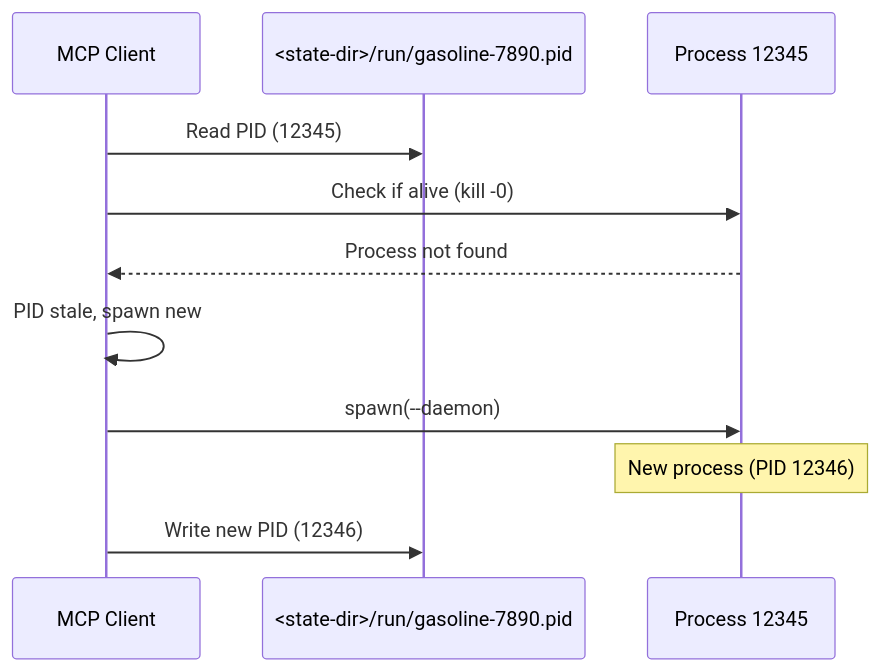
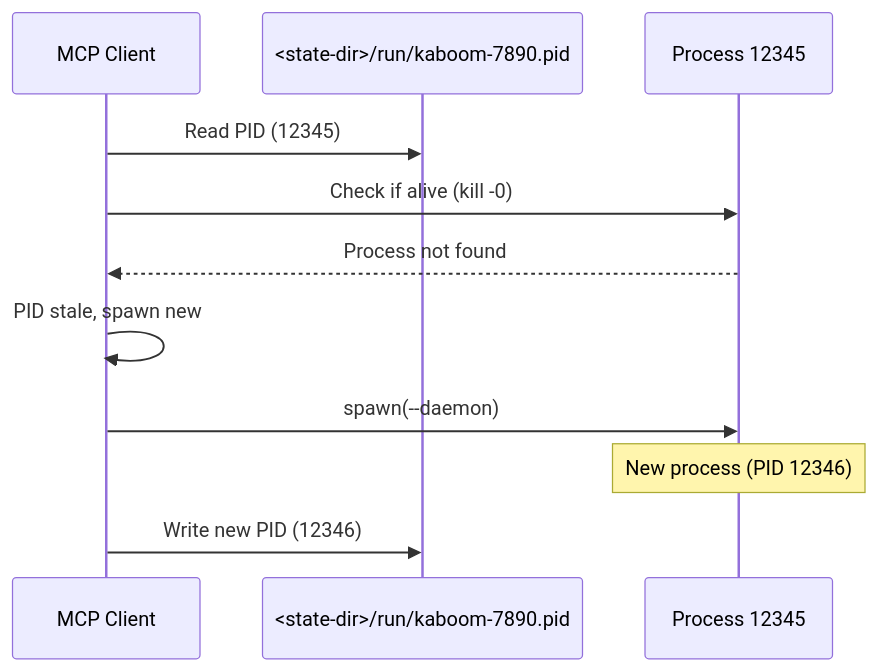
Before and after one commit to brennhill/gasoline-mcp-ai-devtools: the sixth of 17 diagrams in docs/features/mcp-persistent-server/architecture.md, drawn with Mermaid. The commit also changed other lines of this file and 1983 other files, not shown here.

````diff
--- a/docs/features/mcp-persistent-server/architecture.md
+++ b/docs/features/mcp-persistent-server/architecture.md
@@ -278,14 +278,14 @@
 ```mermaid
 sequenceDiagram
     participant Client as MCP Client
-    participant PIDFile as <state-dir>/run/gasoline-7890.pid
+    participant PIDFile as <state-dir>/run/kaboom-7890.pid
     participant Process as Process 12345
 
     Client->>PIDFile: Read PID (12345)
     Client->>Process: Check if alive (kill -0)
     Process-->>Client: Process not found
     Client->>Client: PID stale, spawn new
     Client->>Process: spawn(--daemon)
     Note over Process: New process (PID 12346)
     Client->>PIDFile: Write new PID (12346)
 ```
````
